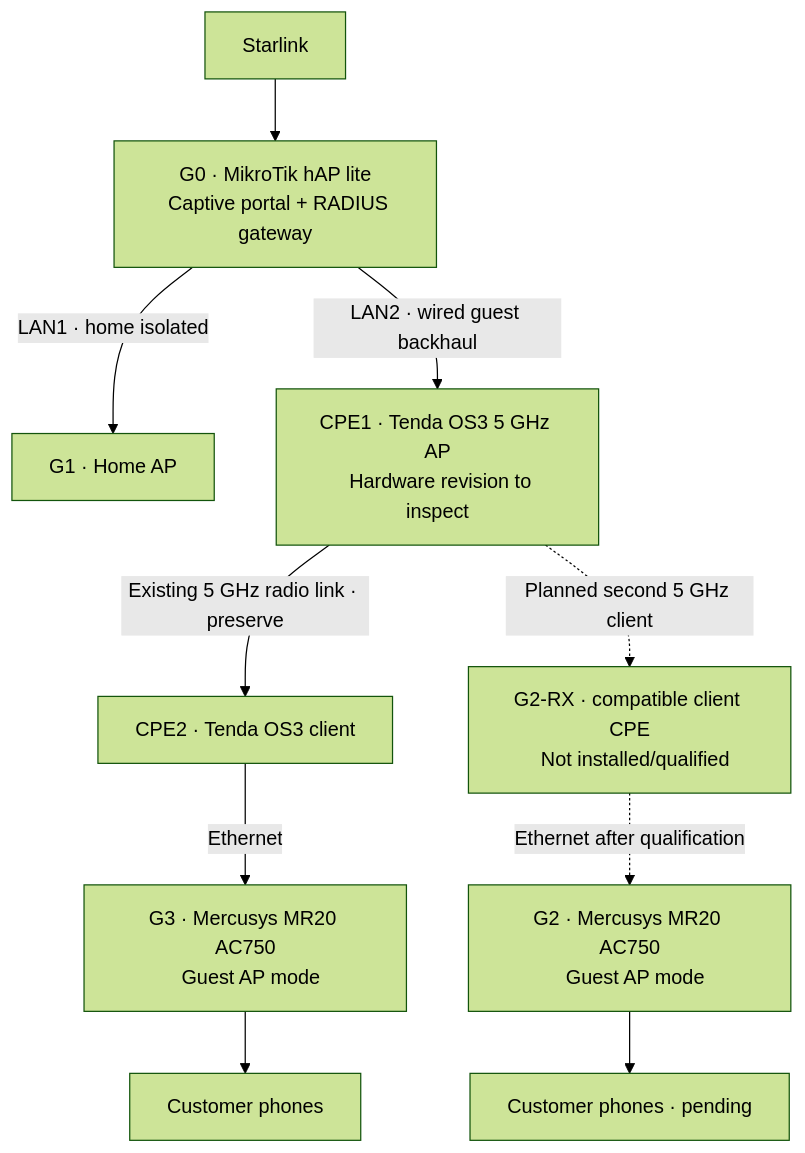
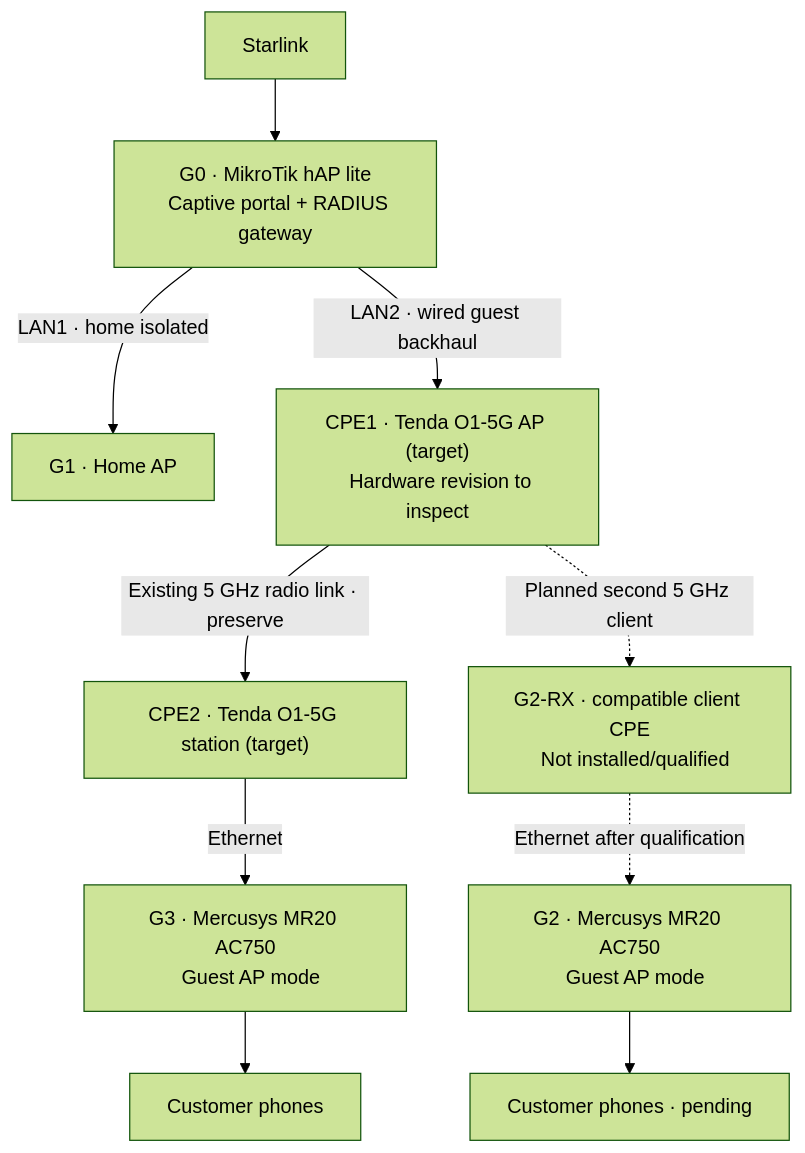
The second of 2 diagrams in pasofi-backend/pasofi-routeros/commissioning/ARCHITECTURE_2026-11-17.md (DruHustle/pasofi), drawn with Mermaid (forest theme) before and after one commit. The commit also changed other lines of this file, not shown here.

Commit message:
Set OS3 directional K2/K3 target and O1-5G Goromonzi bridge target while preserving live link

````diff
--- a/pasofi-backend/pasofi-routeros/commissioning/ARCHITECTURE_2026-11-17.md
+++ b/pasofi-backend/pasofi-routeros/commissioning/ARCHITECTURE_2026-11-17.md
@@ -36,17 +36,17 @@
 ```mermaid
 flowchart TB
   GS["Starlink"] --> G0["G0 · MikroTik hAP lite
   Captive portal + RADIUS gateway"]
   G0 -->|"LAN1 · home isolated"| G1["G1 · Home AP"]
-  G0 -->|"LAN2 · wired guest backhaul"| C1["CPE1 · Tenda OS3 5 GHz AP
+  G0 -->|"LAN2 · wired guest backhaul"| C1["CPE1 · Tenda O1-5G AP (target)
   Hardware revision to inspect"]
-  C1 -->|"Existing 5 GHz radio link · preserve"| C2["CPE2 · Tenda OS3 client"]
+  C1 -->|"Existing 5 GHz radio link · preserve"| C2["CPE2 · Tenda O1-5G station (target)"]
   C2 -->|"Ethernet"| G3["G3 · Mercusys MR20 AC750
   Guest AP mode"]
   C1 -.->|Planned second 5 GHz client| RX["G2-RX · compatible client CPE
   Not installed/qualified"]
   RX -.->|Ethernet after qualification| G2["G2 · Mercusys MR20 AC750
   Guest AP mode"]
   G3 --> P3["Customer phones"]
   G2 --> P2["Customer phones · pending"]
 ```
````
